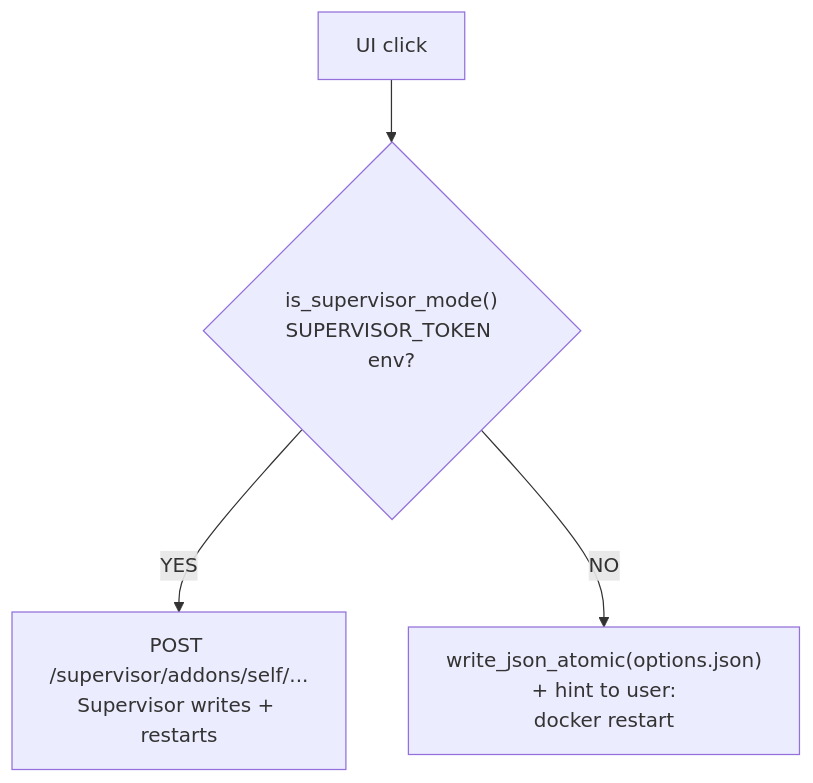
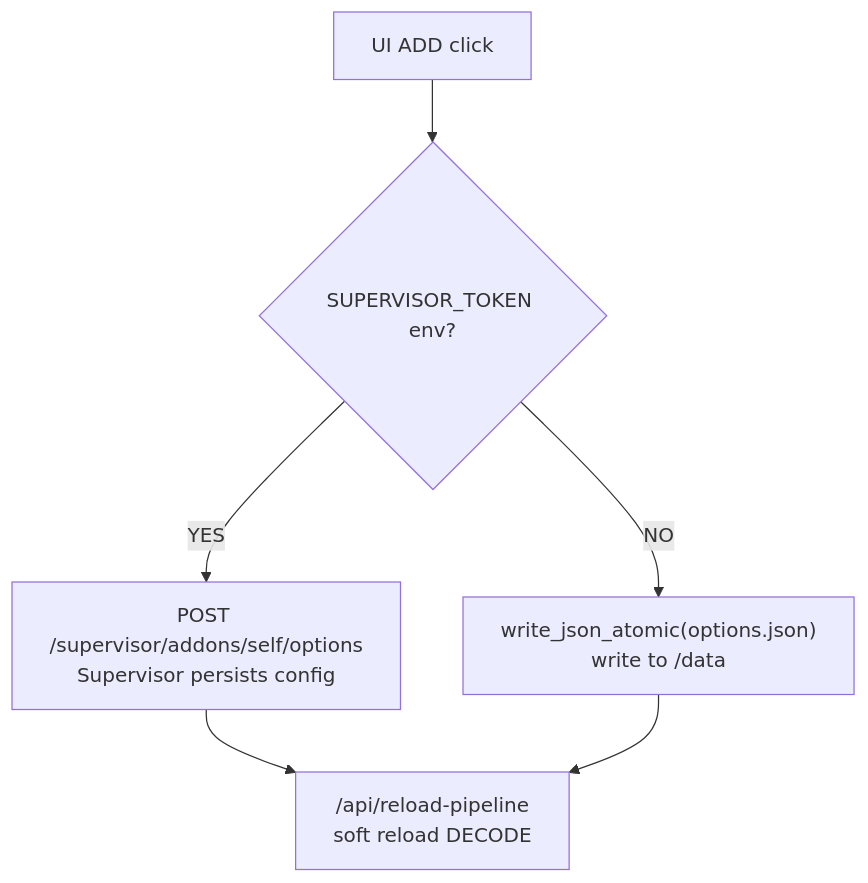
Before and after one commit to Kustonium/homeassistant-wmbus-mqtt-bridge: the sixth of 7 diagrams in docs/README.en.md, drawn with Mermaid. The commit also changed other lines of this file and 6 other files, not shown here.

````diff
--- a/docs/README.en.md
+++ b/docs/README.en.md
@@ -670,6 +650,8 @@
 ```mermaid
 flowchart TD
-  A["UI click"] --> B{"is_supervisor_mode()<br/>SUPERVISOR_TOKEN env?"}
-  B -- "YES" --> C["POST /supervisor/addons/self/...<br/>Supervisor writes + restarts"]
-  B -- "NO" --> D["write_json_atomic(options.json)<br/>+ hint to user:<br/>docker restart"]
+  A["UI ADD click"] --> B{"SUPERVISOR_TOKEN env?"}
+  B -- "YES" --> C["POST /supervisor/addons/self/options<br/>Supervisor persists config"]
+  B -- "NO" --> D["write_json_atomic(options.json)<br/>write to /data"]
+  C --> E["/api/reload-pipeline<br/>soft reload DECODE"]
+  D --> E
 ```
````
